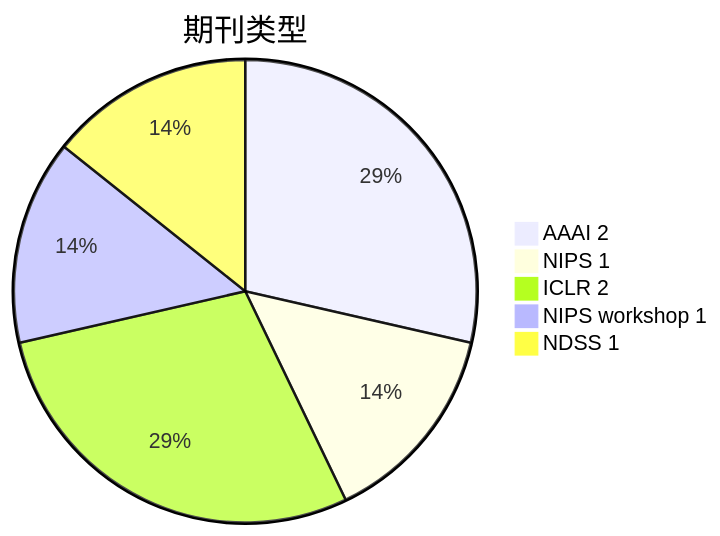
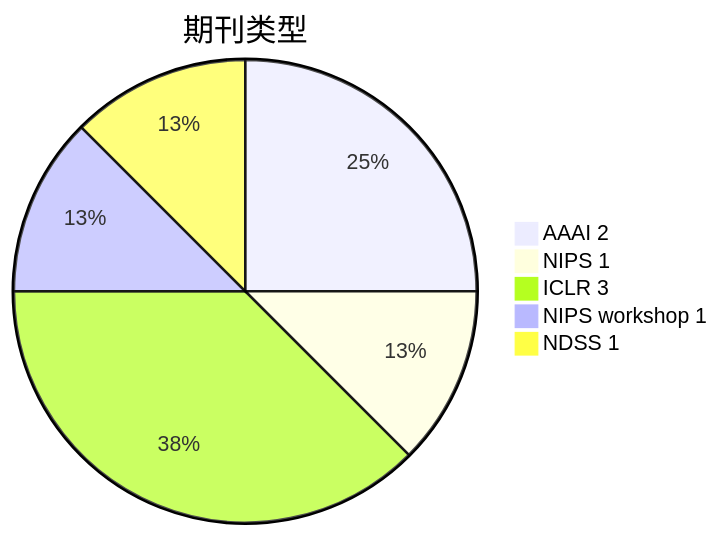
One commit to Elephant-King9/Paper changed the second of 5 diagrams in Attack/Jailbreak/analyse.md. Above: the diagram before and after it, drawn with Mermaid. The commit also changed other lines of this file and 5 other files, not shown here.

````diff
--- a/Attack/Jailbreak/analyse.md
+++ b/Attack/Jailbreak/analyse.md
@@ -32,8 +33,8 @@
 ```mermaid
 pie title 期刊类型
     "AAAI 2" : 2
     "NIPS 1" : 1
-    "ICLR 2" : 2
+    "ICLR 3" : 3
     "NIPS workshop 1" : 1
     "NDSS 1" : 1
 ```
````
